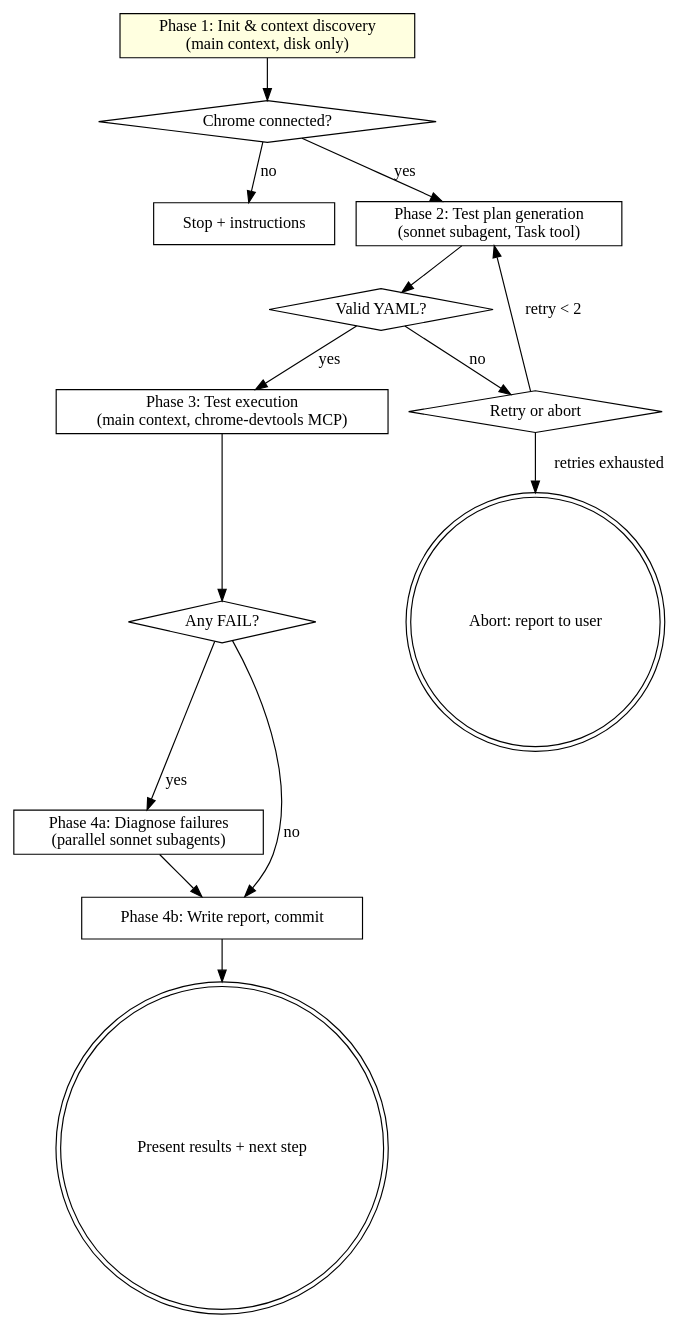
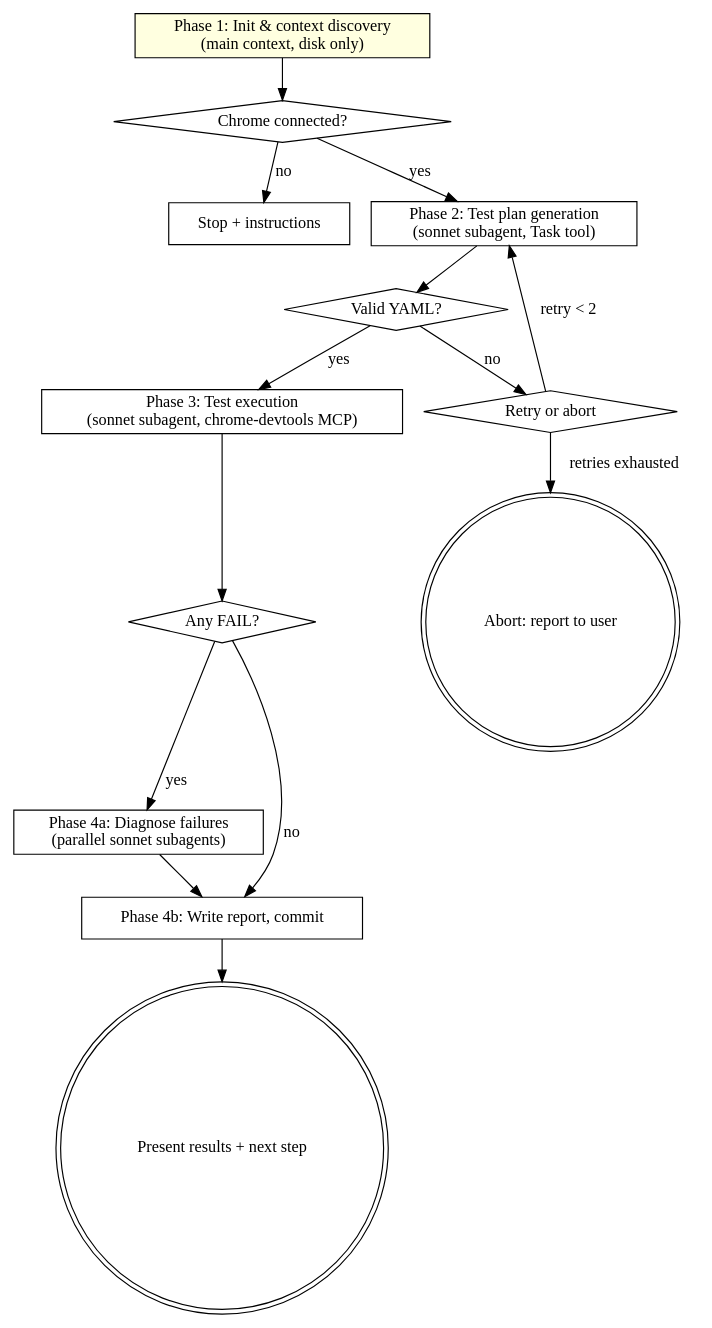
One commit to BonsaiSoftware/bonsaipowers changed the diagram in skills/bonsai-verify-ui/SKILL.md. Above: the diagram before and after it, drawn with Graphviz. The commit also changed other lines of this file and 1 other file, not shown here.

Commit message:
refactor(bonsai-verify-ui): enhance clarity and detail in execution patterns and skill descriptions

````diff
--- a/skills/bonsai-verify-ui/SKILL.md
+++ b/skills/bonsai-verify-ui/SKILL.md
@@ -47,32 +49,32 @@
 ```dot
 digraph process {
     rankdir=TB;
 
     "Phase 1: Init & context discovery\n(main context, disk only)" [shape=box style=filled fillcolor=lightyellow];
     "Chrome connected?" [shape=diamond];
     "Stop + instructions" [shape=box];
     "Phase 2: Test plan generation\n(sonnet subagent, Task tool)" [shape=box];
     "Valid YAML?" [shape=diamond];
     "Retry or abort" [shape=diamond];
     "Abort: report to user" [shape=doublecircle];
-    "Phase 3: Test execution\n(main context, chrome-devtools MCP)" [shape=box];
+    "Phase 3: Test execution\n(sonnet subagent, chrome-devtools MCP)" [shape=box];
     "Any FAIL?" [shape=diamond];
     "Phase 4a: Diagnose failures\n(parallel sonnet subagents)" [shape=box];
     "Phase 4b: Write report, commit" [shape=box];
     "Present results + next step" [shape=doublecircle];
 
     "Phase 1: Init & context discovery\n(main context, disk only)" -> "Chrome connected?";
     "Chrome connected?" -> "Stop + instructions" [label="no"];
     "Chrome connected?" -> "Phase 2: Test plan generation\n(sonnet subagent, Task tool)" [label="yes"];
     "Phase 2: Test plan generation\n(sonnet subagent, Task tool)" -> "Valid YAML?";
     "Valid YAML?" -> "Retry or abort" [label="no"];
     "Retry or abort" -> "Phase 2: Test plan generation\n(sonnet subagent, Task tool)" [label="retry < 2"];
     "Retry or abort" -> "Abort: report to user" [label="retries exhausted"];
-    "Valid YAML?" -> "Phase 3: Test execution\n(main context, chrome-devtools MCP)" [label="yes"];
-    "Phase 3: Test execution\n(main context, chrome-devtools MCP)" -> "Any FAIL?";
+    "Valid YAML?" -> "Phase 3: Test execution\n(sonnet subagent, chrome-devtools MCP)" [label="yes"];
+    "Phase 3: Test execution\n(sonnet subagent, chrome-devtools MCP)" -> "Any FAIL?";
     "Any FAIL?" -> "Phase 4a: Diagnose failures\n(parallel sonnet subagents)" [label="yes"];
     "Phase 4a: Diagnose failures\n(parallel sonnet subagents)" -> "Phase 4b: Write report, commit";
     "Any FAIL?" -> "Phase 4b: Write report, commit" [label="no"];
     "Phase 4b: Write report, commit" -> "Present results + next step";
 }
 ```
````
